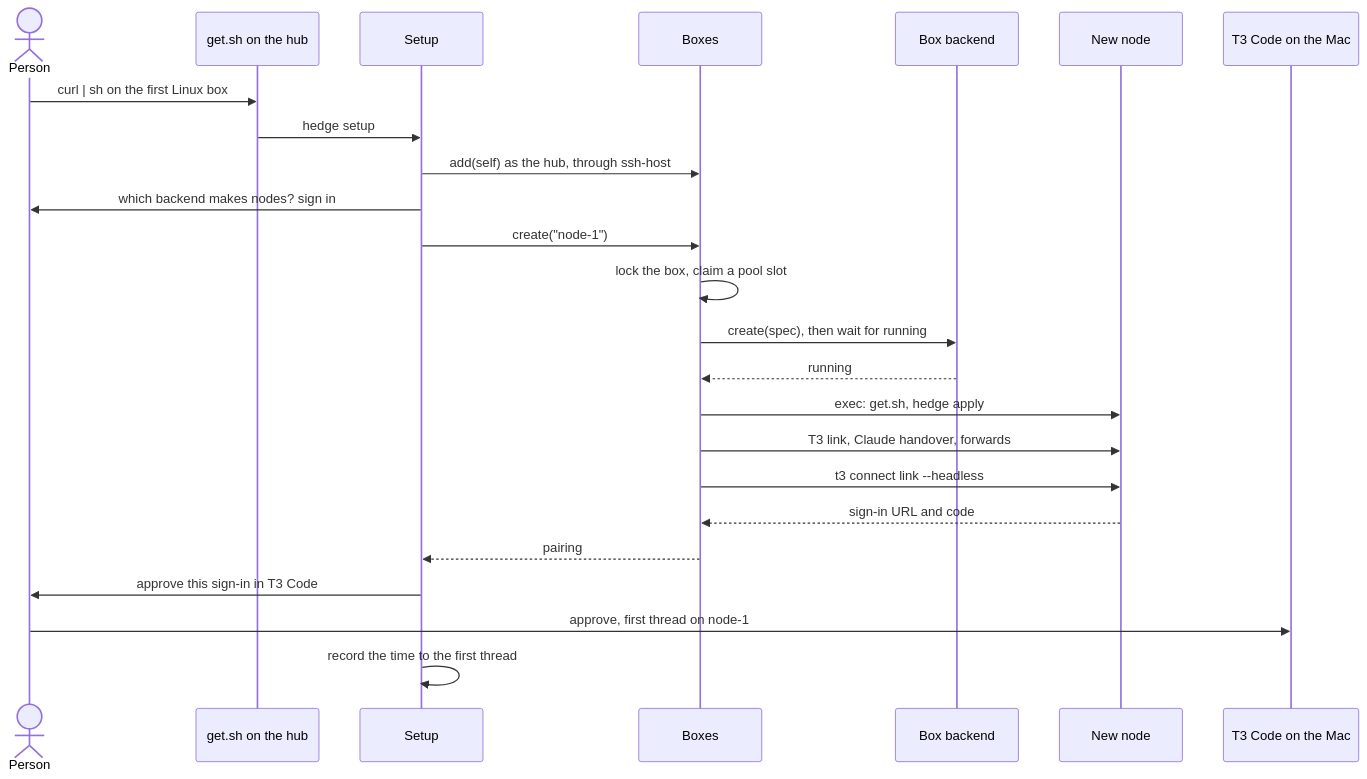
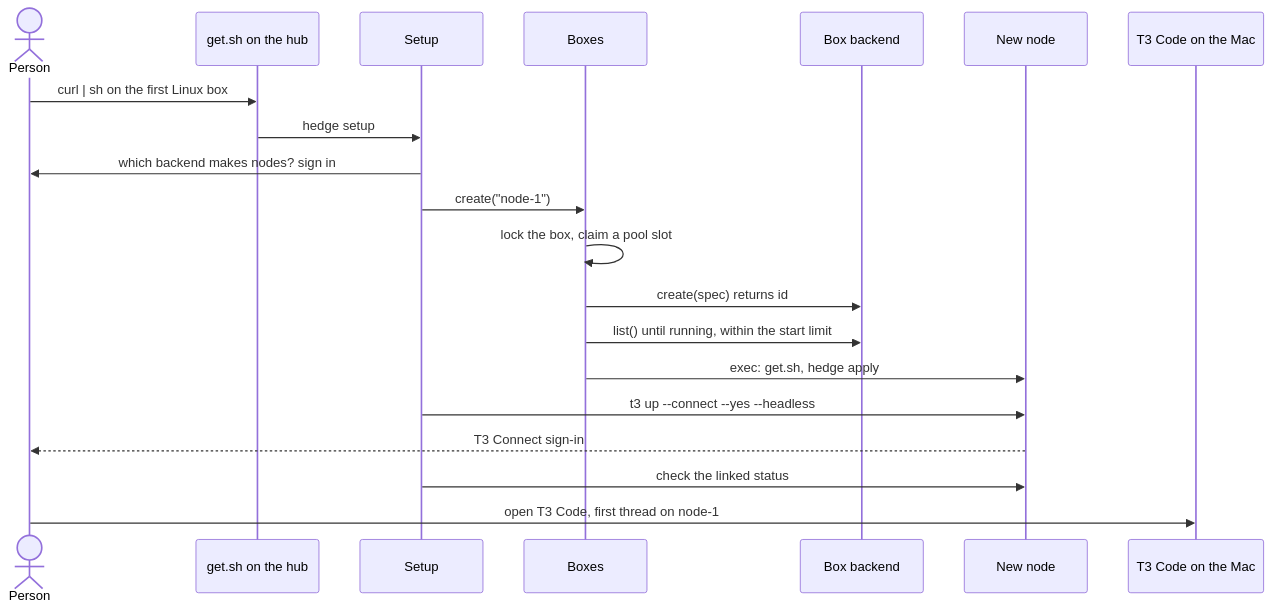
Before and after one commit to PostHog/fleet-engine: the first of 3 diagrams in docs/architecture/hedge-refocus.md, drawn with Mermaid. The commit also changed other lines of this file and 11 other files, not shown here.

Commit message:
Shrink the Box backend seam after the spec pass: one backend per profile, box ids, existing T3 Connect step

````diff
--- a/docs/architecture/hedge-refocus.md
+++ b/docs/architecture/hedge-refocus.md
@@ -148,26 +166,22 @@
 ```mermaid
 sequenceDiagram
   actor P as Person
   participant G as get.sh on the hub
   participant S as Setup
   participant B as Boxes
   participant K as Box backend
   participant N as New node
   participant M as T3 Code on the Mac
   P->>G: curl | sh on the first Linux box
   G->>S: hedge setup
-  S->>B: add(self) as the hub, through ssh-host
   S->>P: which backend makes nodes? sign in
   S->>B: create("node-1")
   B->>B: lock the box, claim a pool slot
-  B->>K: create(spec), then wait for running
-  K-->>B: running
+  B->>K: create(spec) returns id
+  B->>K: list() until running, within the start limit
   B->>N: exec: get.sh, hedge apply
-  B->>N: T3 link, Claude handover, forwards
-  B->>N: t3 connect link --headless
-  N-->>B: sign-in URL and code
-  B-->>S: pairing
-  S->>P: approve this sign-in in T3 Code
-  P->>M: approve, first thread on node-1
-  S->>S: record the time to the first thread
+  S->>N: t3 up --connect --yes --headless
+  N-->>P: T3 Connect sign-in
+  S->>N: check the linked status
+  P->>M: open T3 Code, first thread on node-1
 ```
````
